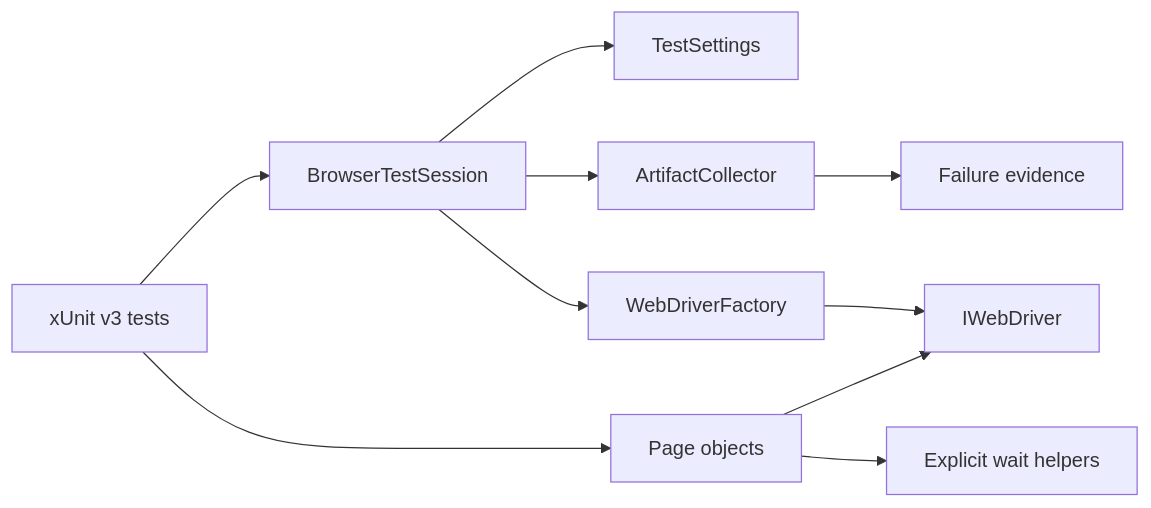
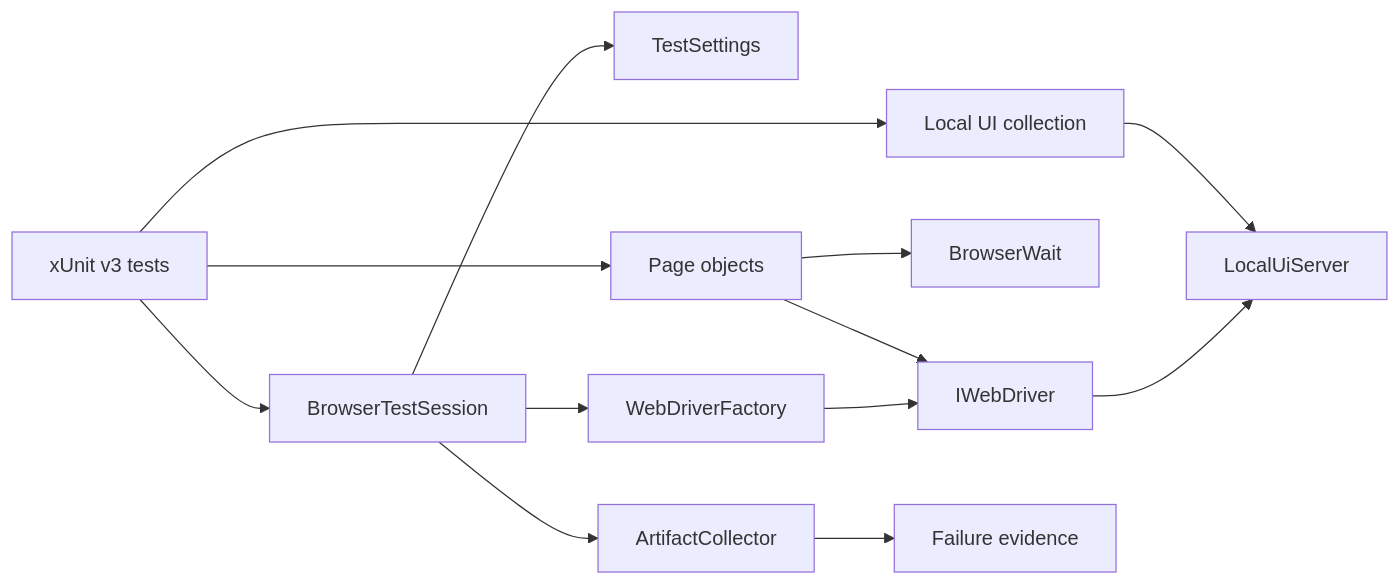
One commit to portyu9/qa-automation-dotnet-selenium changed the diagram in docs/ARCHITECTURE.md. Above: the diagram before and after it, drawn with Mermaid. The commit also changed other lines of this file and 11 other files, not shown here.

````diff
--- a/docs/ARCHITECTURE.md
+++ b/docs/ARCHITECTURE.md
@@ -7,12 +7,15 @@
 ```mermaid
 flowchart LR
-    T[xUnit v3 tests] --> S[BrowserTestSession]
-    S --> C[TestSettings]
-    S --> F[WebDriverFactory]
-    T --> P[Page objects]
-    P --> W[Explicit wait helpers]
-    P --> D[IWebDriver]
-    F --> D
-    S --> A[ArtifactCollector]
-    A --> E[Failure evidence]
+    TEST[xUnit v3 tests] --> COLLECTION[Local UI collection]
+    COLLECTION --> FIX[LocalUiServer]
+    TEST --> SESSION[BrowserTestSession]
+    SESSION --> CFG[TestSettings]
+    SESSION --> FACTORY[WebDriverFactory]
+    TEST --> PAGE[Page objects]
+    PAGE --> WAIT[BrowserWait]
+    PAGE --> DRIVER[IWebDriver]
+    FACTORY --> DRIVER
+    DRIVER --> FIX
+    SESSION --> ART[ArtifactCollector]
+    ART --> EV[Failure evidence]
 ```
````
